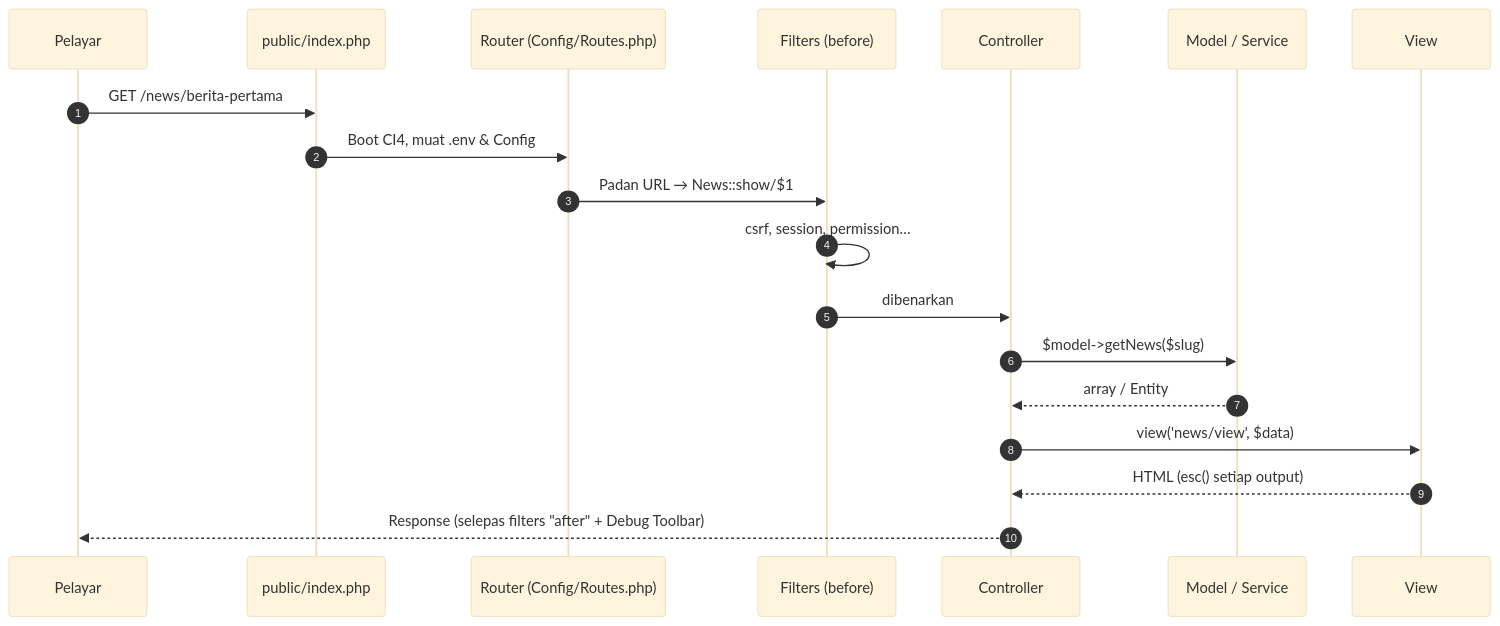
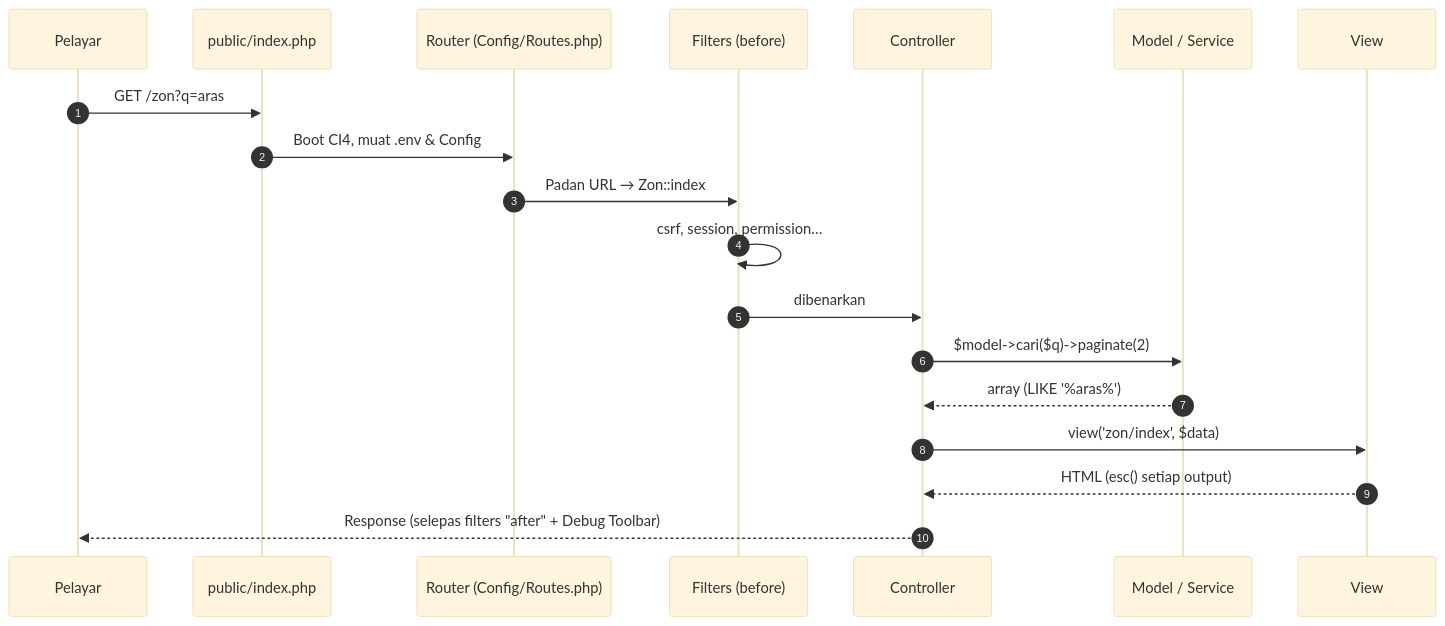
The first of 4 diagrams in hari-4/README.md (habibtalib/coach-codeigniter-10-hari-kkm-peserta), drawn with Mermaid (base theme) before and after one commit. The commit also changed other lines of this file and 73 other files, not shown here.

````diff
--- a/hari-4/README.md
+++ b/hari-4/README.md
@@ -73,21 +76,21 @@
 ```mermaid
 sequenceDiagram
     autonumber
     participant B as Pelayar
     participant I as public/index.php
     participant R as Router (Config/Routes.php)
     participant F as Filters (before)
     participant C as Controller
     participant M as Model / Service
     participant V as View
-    B->>I: GET /news/berita-pertama
+    B->>I: GET /zon?q=aras
     I->>R: Boot CI4, muat .env & Config
-    R->>F: Padan URL → News::show/$1
+    R->>F: Padan URL → Zon::index
     F->>F: csrf, session, permission…
     F->>C: dibenarkan
-    C->>M: $model->getNews($slug)
-    M-->>C: array / Entity
-    C->>V: view('news/view', $data)
+    C->>M: $model->cari($q)->paginate(2)
+    M-->>C: array (LIKE '%aras%')
+    C->>V: view('zon/index', $data)
     V-->>C: HTML (esc() setiap output)
     C-->>B: Response (selepas filters "after" + Debug Toolbar)
 ```
````
